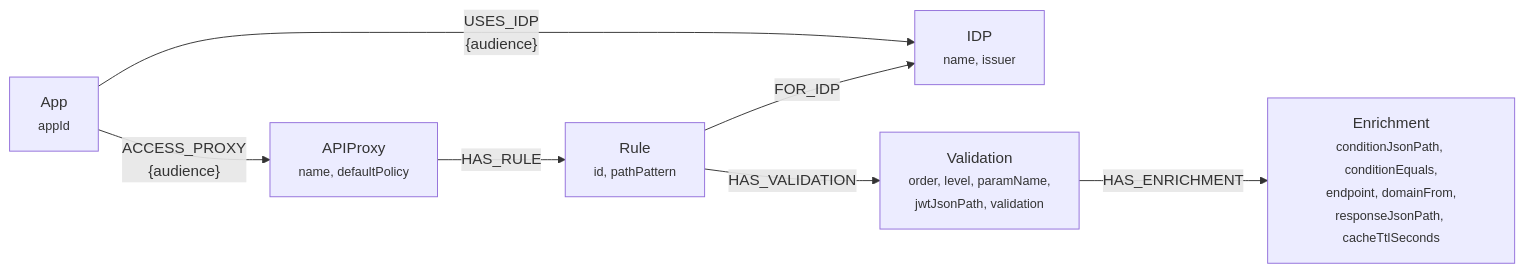
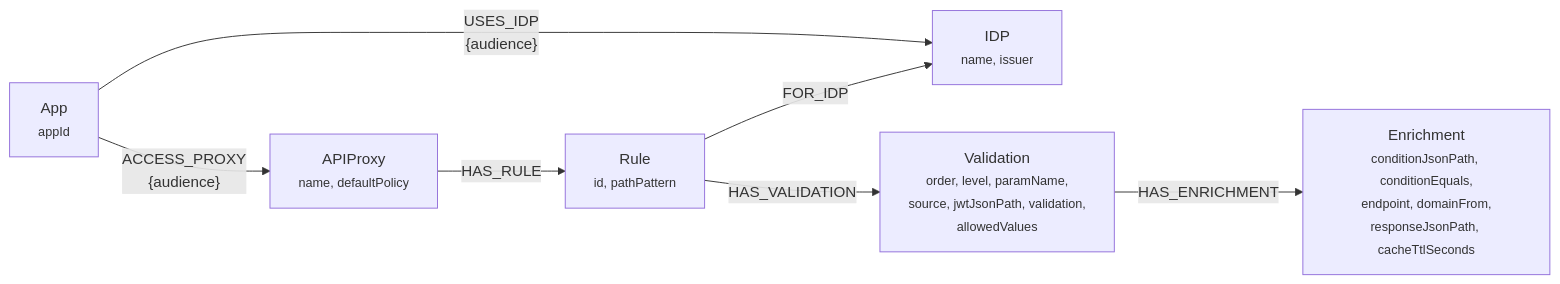
Before and after one commit to kiquetal/nomos-oss: the first of 2 diagrams in README.md, drawn with Mermaid. The commit also changed other lines of this file and 2 other files, not shown here.

````diff
--- a/README.md
+++ b/README.md
@@ -76,16 +66,16 @@
 ```mermaid
 graph LR
     App["App<br/><small>appId</small>"]
     IDP["IDP<br/><small>name, issuer</small>"]
     Proxy["APIProxy<br/><small>name, defaultPolicy</small>"]
     Rule["Rule<br/><small>id, pathPattern</small>"]
-    Val["Validation<br/><small>order, level, paramName,<br/>jwtJsonPath, validation</small>"]
+    Val["Validation<br/><small>order, level, paramName,<br/>source, jwtJsonPath, validation,<br/>allowedValues</small>"]
     Enr["Enrichment<br/><small>conditionJsonPath, conditionEquals,<br/>endpoint, domainFrom,<br/>responseJsonPath, cacheTtlSeconds</small>"]
 
     App -->|"USES_IDP<br/>{audience}"| IDP
     App -->|"ACCESS_PROXY<br/>{audience}"| Proxy
     Proxy -->|"HAS_RULE"| Rule
     Rule -->|"FOR_IDP"| IDP
     Rule -->|"HAS_VALIDATION"| Val
     Val -->|"HAS_ENRICHMENT"| Enr
 ```
````
